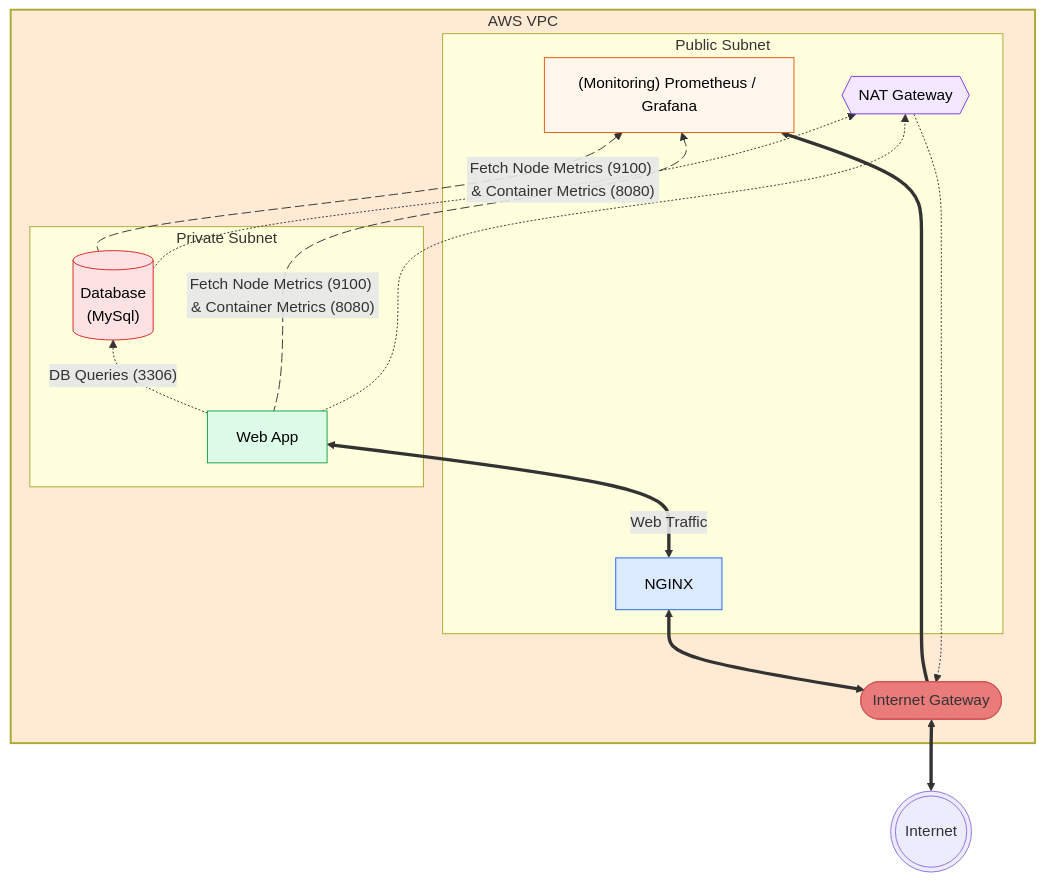
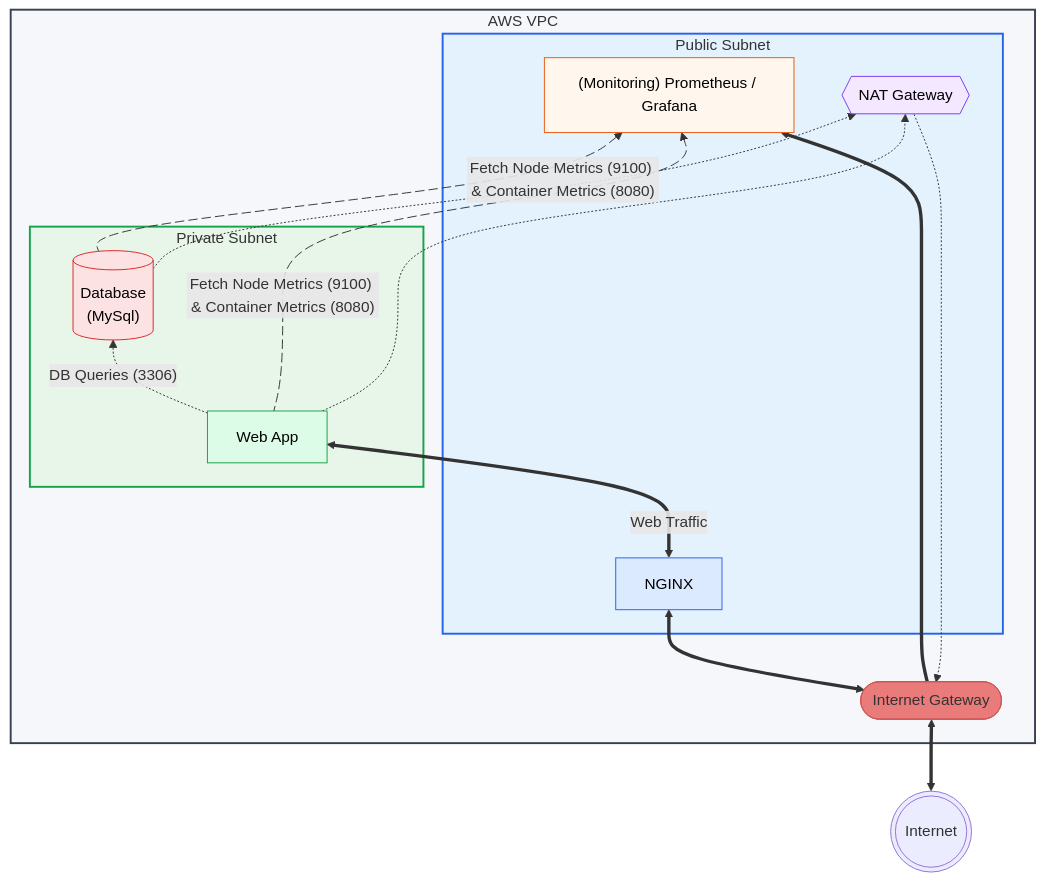
Before and after one commit to Jazzar101/learning-terraform-3087701: the diagram in README.md, drawn with Mermaid.

Commit message:
Changed style

````diff
--- a/README.md
+++ b/README.md
@@ -6,49 +6,52 @@
 ```mermaid
 flowchart BT
     Internet(((Internet)))
     subgraph VPC[AWS VPC]
         IGW([Internet Gateway])
         subgraph PublicSubnet[Public Subnet]
             NGINX[NGINX]
             Monitoring["(Monitoring) Prometheus / Grafana"]
             NAT{{NAT Gateway}}
         end
 
         subgraph PrivateSubnet[Private Subnet]
             App[Web App]
             DB[("Database\n(MySql)")]
         end
     end
 
     Internet <==> IGW
     IGW <==> NGINX
     NGINX <==>|Web Traffic| App
     App -.->|"DB Queries (3306)"| DB
     IGW ==> Monitoring
 
     App metricsApp@-->|"Fetch Node Metrics (9100) & Container Metrics (8080)"| Monitoring
     DB metricsDB@-->|"Fetch Node Metrics (9100) & Container Metrics (8080)"| Monitoring
 
     App -.-> NAT
     DB -.-> NAT
     NAT -.-> IGW
     
     metricsApp@{ animation: slow }    
     metricsDB@{ animation: slow }
 
     %% Node-only styling (GitHub safe)
     classDef ingress fill:#dbeafe,stroke:#2563eb,color:#000000
     classDef monitoring fill:#fff7ed,stroke:#ea580c,color:#000000
     classDef nat fill:#f3e8ff,stroke:#7c3aed,color:#000000
     classDef app fill:#dcfce7,stroke:#16a34a,color:#000000
     classDef db fill:#fde2e4,stroke:#dc2626,color:#000000
     classDef igw fill:#EA7B7B,stroke:#D25353,color:#00000
-    style VPC fill:#FFEAD3, stroke:#00000, stroke-width: 2px
+
+    style VPC fill:#f5f7fa,stroke:#374151,stroke-width:2px
+    style PublicSubnet fill:#e3f2fd,stroke:#2563eb,stroke-width:2px
+    style PrivateSubnet fill:#e8f5e9,stroke:#16a34a,stroke-width:2px    
 
     class NGINX ingress
     class Monitoring monitoring
     class NAT nat
     class App app
     class DB db
     class IGW igw
 ```
````
